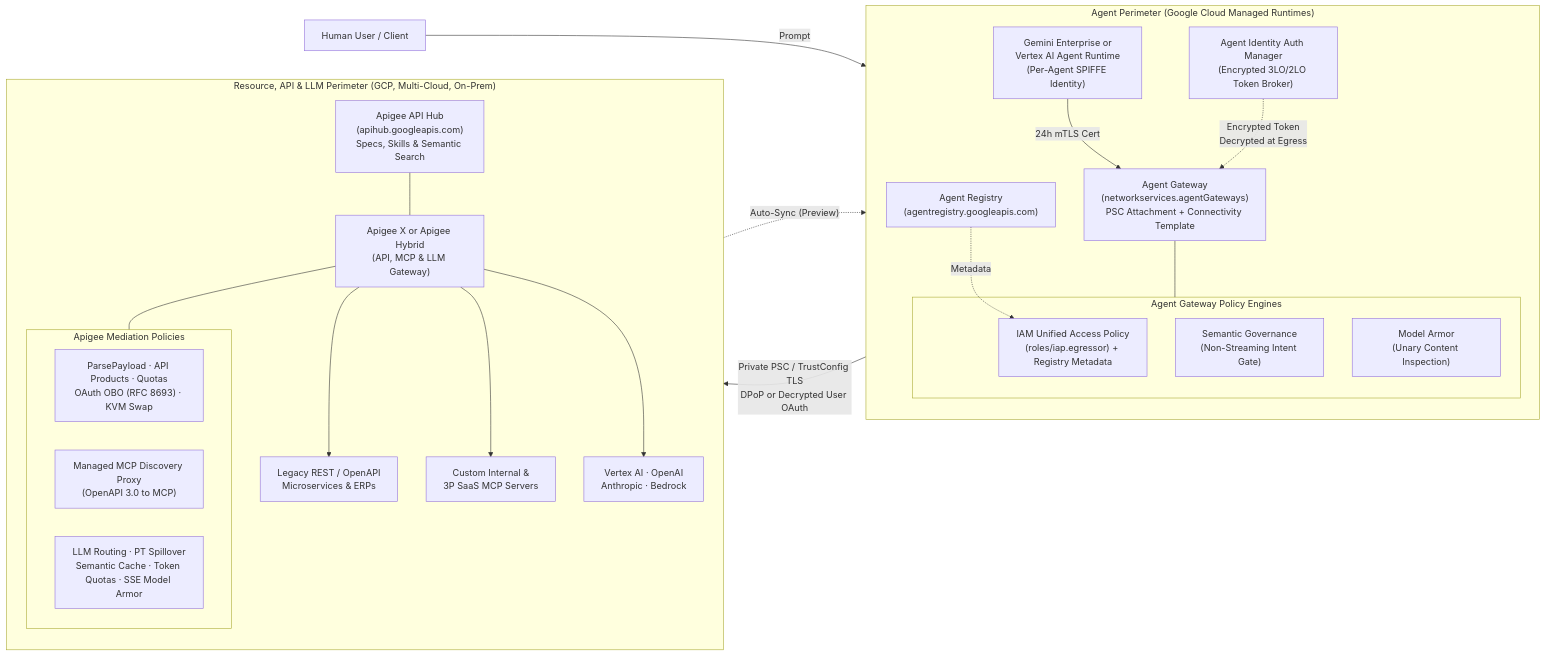
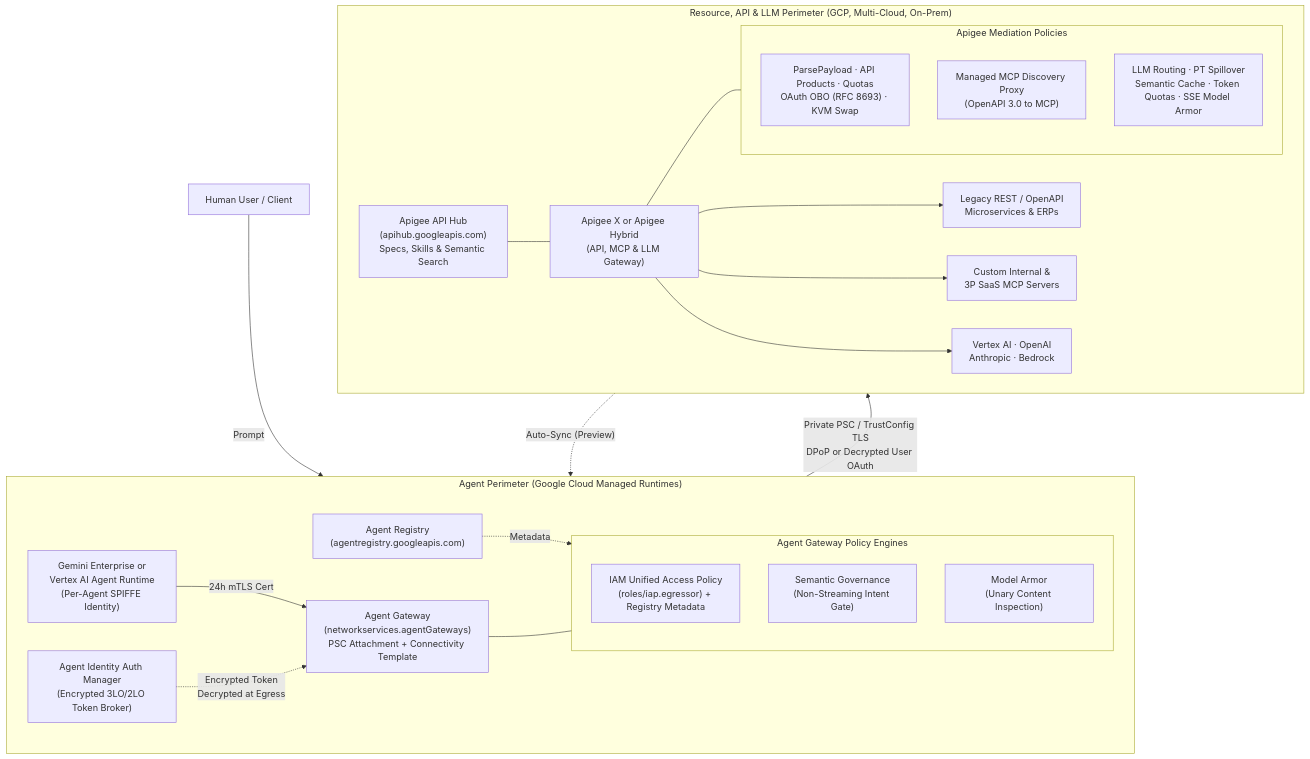
Before and after one commit to krisrowe/apigee-guides: the first of 2 diagrams in ai-gateway/agent-gateway-comparison.md, drawn with Mermaid. The commit also changed other lines of this file and 2 other files, not shown here.

Commit message:
docs(ai-gateway): fix Mermaid line breaks and strip inline DSL clutter

````diff
--- a/ai-gateway/agent-gateway-comparison.md
+++ b/ai-gateway/agent-gateway-comparison.md
@@ -82,45 +82,47 @@
 ```mermaid
-flowchart LR
+flowchart TB
     U["Human User / Client"] -->|"Prompt"| GE
 
     subgraph AgentSide["Agent Perimeter (Google Cloud Managed Runtimes)"]
-        direction TB
-        GE["Gemini Enterprise or\nVertex AI Agent Runtime\n(Per-Agent SPIFFE Identity)"]
-        AM["Agent Identity Auth Manager\n(Encrypted 3LO/2LO Token Broker)"]
-        AG["Agent Gateway\n(networkservices.agentGateways)\nPSC Attachment + Connectivity Template"]
-        AR["Agent Registry\n(agentregistry.googleapis.com)"]
+        direction LR
+        GE["Gemini Enterprise or<br/>Vertex AI Agent Runtime<br/>(Per-Agent SPIFFE Identity)"]
+        AM["Agent Identity Auth Manager<br/>(Encrypted 3LO/2LO Token Broker)"]
+        AG["Agent Gateway<br/>(networkservices.agentGateways)<br/>PSC Attachment + Connectivity Template"]
+        AR["Agent Registry<br/>(agentregistry.googleapis.com)"]
 
         subgraph AG_Policies["Agent Gateway Policy Engines"]
-            UAP["IAM Unified Access Policy\n(roles/iap.egressor) + Registry Metadata"]
-            SG["Semantic Governance\n(Non-Streaming Intent Gate)"]
-            MA1["Model Armor\n(Unary Content Inspection)"]
+            direction TB
+            UAP["IAM Unified Access Policy<br/>(roles/iap.egressor) + Registry Metadata"]
+            SG["Semantic Governance<br/>(Non-Streaming Intent Gate)"]
+            MA1["Model Armor<br/>(Unary Content Inspection)"]
         end
 
         GE -->|"24h mTLS Cert"| AG
-        AM -.->|"Encrypted Token\nDecrypted at Egress"| AG
+        AM -.->|"Encrypted Token<br/>Decrypted at Egress"| AG
         AG --- AG_Policies
         AR -.->|"Metadata"| UAP
     end
 
     subgraph ProducerSide["Resource, API & LLM Perimeter (GCP, Multi-Cloud, On-Prem)"]
-        direction TB
-        APIHUB["Apigee API Hub\n(apihub.googleapis.com)\nSpecs, Skills & Semantic Search"]
-        APIGEE["Apigee X or Apigee Hybrid\n(API, MCP & LLM Gateway)"]
+        direction LR
+        APIHUB["Apigee API Hub<br/>(apihub.googleapis.com)<br/>Specs, Skills & Semantic Search"]
+        APIGEE["Apigee X or Apigee Hybrid<br/>(API, MCP & LLM Gateway)"]
 
         subgraph Apigee_Policies["Apigee Mediation Policies"]
-            PP["ParsePayload · API Products · Quotas\nOAuth OBO (RFC 8693) · KVM Swap"]
-            MCP_DISC["Managed MCP Discovery Proxy\n(OpenAPI 3.0 to MCP)"]
-            LLM_POL["LLM Routing · PT Spillover\nSemantic Cache · Token Quotas · SSE Model Armor"]
+            direction TB
+            PP["ParsePayload · API Products · Quotas<br/>OAuth OBO (RFC 8693) · KVM Swap"]
+            MCP_DISC["Managed MCP Discovery Proxy<br/>(OpenAPI 3.0 to MCP)"]
+            LLM_POL["LLM Routing · PT Spillover<br/>Semantic Cache · Token Quotas · SSE Model Armor"]
         end
 
         APIHUB -.->|"Auto-Sync (Preview)"| AR
         APIHUB --- APIGEE
         APIGEE --- Apigee_Policies
 
-        APIGEE --> REST["Legacy REST / OpenAPI\nMicroservices & ERPs"]
-        APIGEE --> NATIVE_MCP["Custom Internal &\n3P SaaS MCP Servers"]
-        APIGEE --> LLM["Vertex AI · OpenAI\nAnthropic · Bedrock"]
+        APIGEE --> REST["Legacy REST / OpenAPI<br/>Microservices & ERPs"]
+        APIGEE --> NATIVE_MCP["Custom Internal &<br/>3P SaaS MCP Servers"]
+        APIGEE --> LLM["Vertex AI · OpenAI<br/>Anthropic · Bedrock"]
     end
 
-    AG -->|"Private PSC / TrustConfig TLS\nDPoP or Decrypted User OAuth"| APIGEE
+    AG -->|"Private PSC / TrustConfig TLS<br/>DPoP or Decrypted User OAuth"| APIGEE
 ```
````
